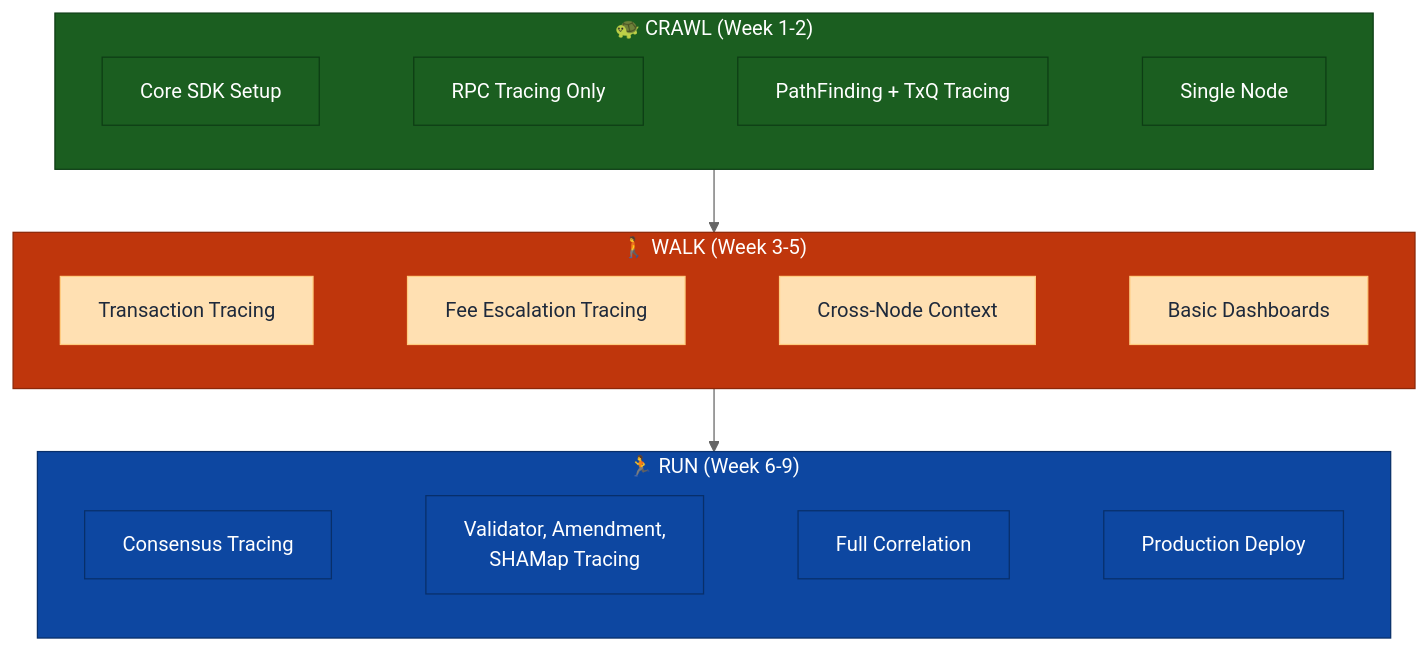
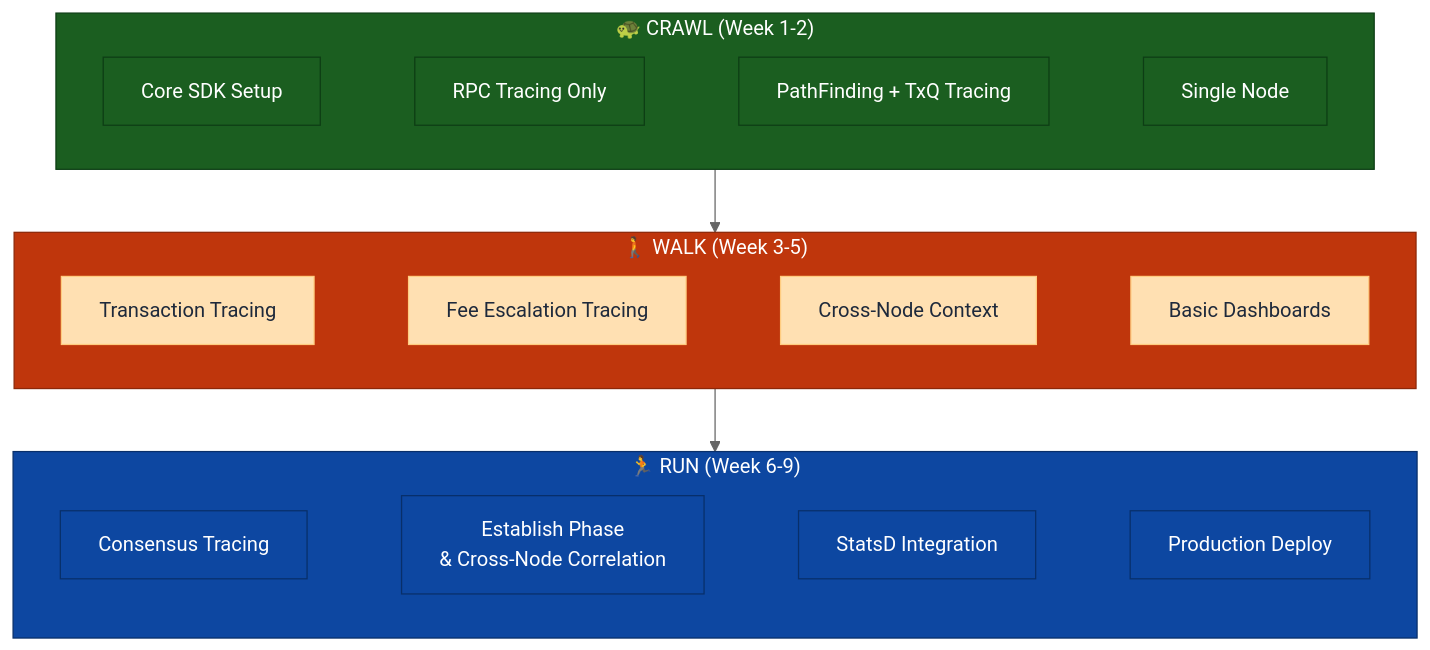
Before and after one commit to XRPLF/rippled: the third of 5 diagrams in OpenTelemetryPlan/06-implementation-phases.md, drawn with Mermaid (neutral theme). The commit also changed other lines of this file and 1 other file, not shown here.

````diff
--- a/OpenTelemetryPlan/06-implementation-phases.md
+++ b/OpenTelemetryPlan/06-implementation-phases.md
@@ -357,35 +363,35 @@
 ```mermaid
 flowchart TB
     subgraph crawl["🐢 CRAWL (Week 1-2)"]
         direction LR
         c1[Core SDK Setup] ~~~ c2[RPC Tracing Only] ~~~ c3[PathFinding + TxQ Tracing] ~~~ c4[Single Node]
     end
 
     subgraph walk["🚶 WALK (Week 3-5)"]
         direction LR
         w1[Transaction Tracing] ~~~ w2[Fee Escalation Tracing] ~~~ w3[Cross-Node Context] ~~~ w4[Basic Dashboards]
     end
 
     subgraph run["🏃 RUN (Week 6-9)"]
         direction LR
-        r1[Consensus Tracing] ~~~ r2[Validator, Amendment,<br/>SHAMap Tracing] ~~~ r3[Full Correlation] ~~~ r4[Production Deploy]
+        r1[Consensus Tracing] ~~~ r2[Establish Phase<br/>& Cross-Node Correlation] ~~~ r3[StatsD Integration] ~~~ r4[Production Deploy]
     end
 
     crawl --> walk --> run
 
     style crawl fill:#1b5e20,stroke:#0d3d14,color:#fff
     style walk fill:#bf360c,stroke:#8c2809,color:#fff
     style run fill:#0d47a1,stroke:#082f6a,color:#fff
     style c1 fill:#1b5e20,stroke:#0d3d14,color:#fff
     style c2 fill:#1b5e20,stroke:#0d3d14,color:#fff
     style c3 fill:#1b5e20,stroke:#0d3d14,color:#fff
     style c4 fill:#1b5e20,stroke:#0d3d14,color:#fff
     style w1 fill:#ffe0b2,stroke:#ffcc80,color:#1e293b
     style w2 fill:#ffe0b2,stroke:#ffcc80,color:#1e293b
     style w3 fill:#ffe0b2,stroke:#ffcc80,color:#1e293b
     style w4 fill:#ffe0b2,stroke:#ffcc80,color:#1e293b
     style r1 fill:#0d47a1,stroke:#082f6a,color:#fff
     style r2 fill:#0d47a1,stroke:#082f6a,color:#fff
     style r3 fill:#0d47a1,stroke:#082f6a,color:#fff
     style r4 fill:#0d47a1,stroke:#082f6a,color:#fff
 ```
````
